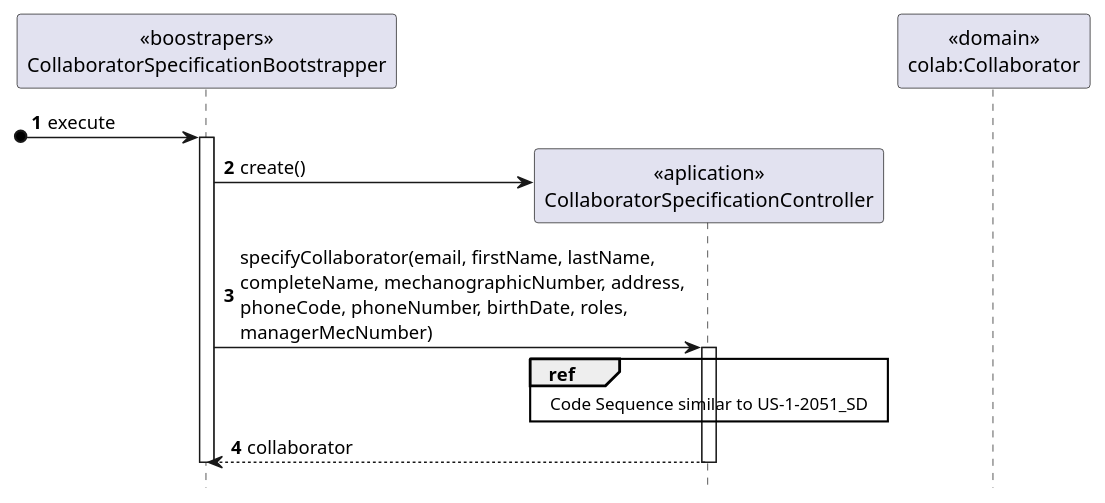
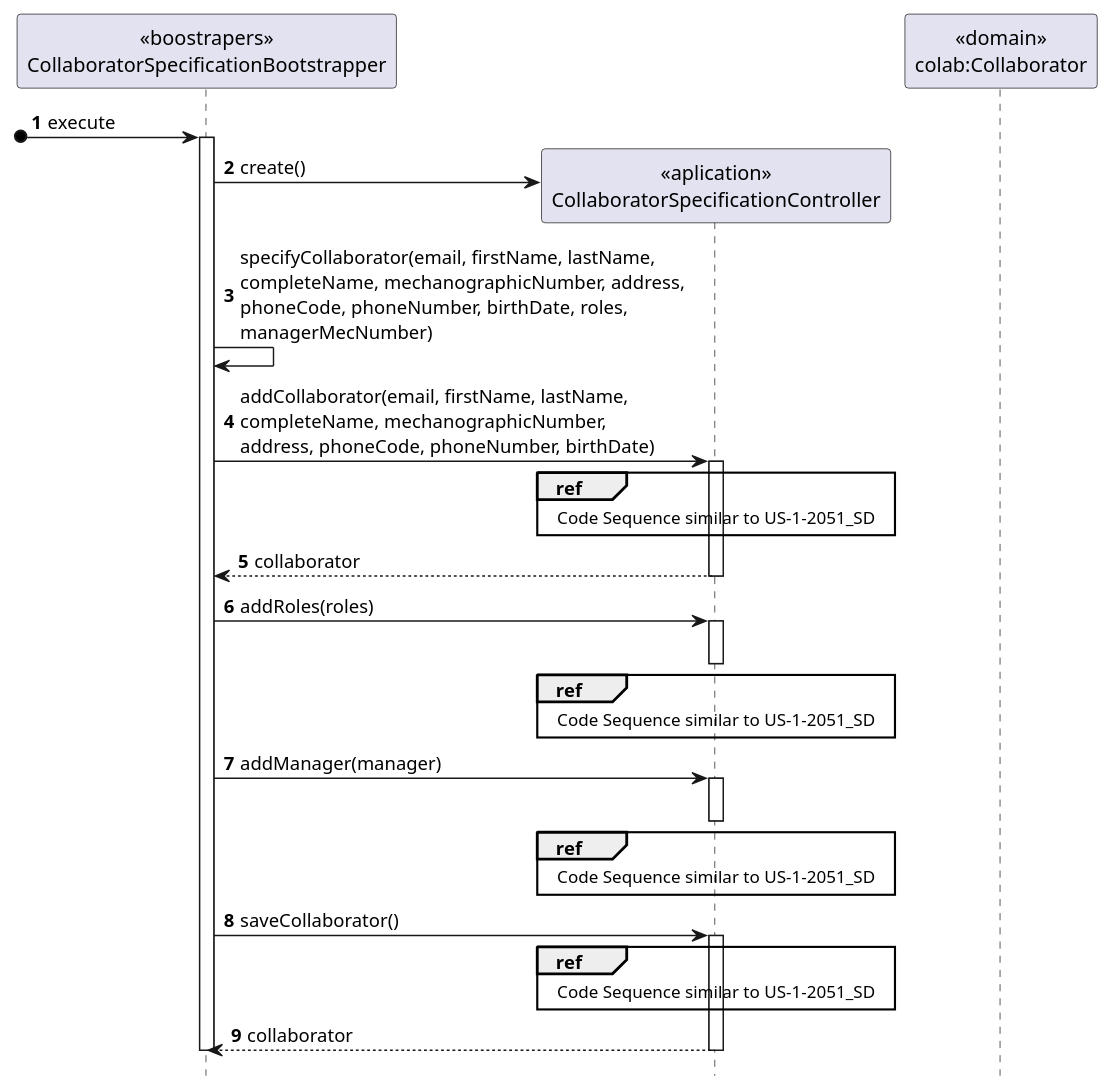
The diagram in doc/engenharia/SprintB/1190682/US-1-2103_BootstrapOrganization/US-1-2103_SD_Collaborator.puml (tiagoavcosta25/LAPR4), drawn with PlantUML before and after one commit. The commit also changed 3 other files, not shown here.

```diff
--- a/doc/engenharia/SprintB/1190682/US-1-2103_BootstrapOrganization/US-1-2103_SD_Collaborator.puml
+++ b/doc/engenharia/SprintB/1190682/US-1-2103_BootstrapOrganization/US-1-2103_SD_Collaborator.puml
@@ -1,23 +1,48 @@
 @startuml
 autonumber
 hide footbox
 
 participant "<<boostrapers>>\nCollaboratorSpecificationBootstrapper" as BOOT
 participant "<<aplication>>\nCollaboratorSpecificationController" as CTRL
 participant "<<domain>>\ncolab:Collaborator" as COLAB
 
 [o-> BOOT : execute
 
 activate BOOT
 BOOT -> CTRL** : create()
 
-BOOT -> CTRL : specifyCollaborator(email, firstName, lastName,\ncompleteName, mechanographicNumber, address,\nphoneCode, phoneNumber, birthDate, roles,\nmanagerMecNumber)
+BOOT -> BOOT : specifyCollaborator(email, firstName, lastName,\ncompleteName, mechanographicNumber, address,\nphoneCode, phoneNumber, birthDate, roles,\nmanagerMecNumber)
+
+BOOT -> CTRL : addCollaborator(email, firstName, lastName,\ncompleteName, mechanographicNumber,\naddress, phoneCode, phoneNumber, birthDate)
 activate CTRL
 ref over CTRL
 Code Sequence similar to US-1-2051_SD
 end ref
 CTRL --> BOOT : collaborator
 deactivate CTRL
+
+BOOT -> CTRL : addRoles(roles)
+activate CTRL
+ref over CTRL
+Code Sequence similar to US-1-2051_SD
+end ref
+deactivate CTRL
+
+BOOT -> CTRL : addManager(manager)
+activate CTRL
+ref over CTRL
+Code Sequence similar to US-1-2051_SD
+end ref
+deactivate CTRL
+
+BOOT -> CTRL : saveCollaborator()
+activate CTRL
+ref over CTRL
+Code Sequence similar to US-1-2051_SD
+end ref
+CTRL --> BOOT : collaborator
+deactivate CTRL
+
 deactivate BOOT
 
 @enduml
```
